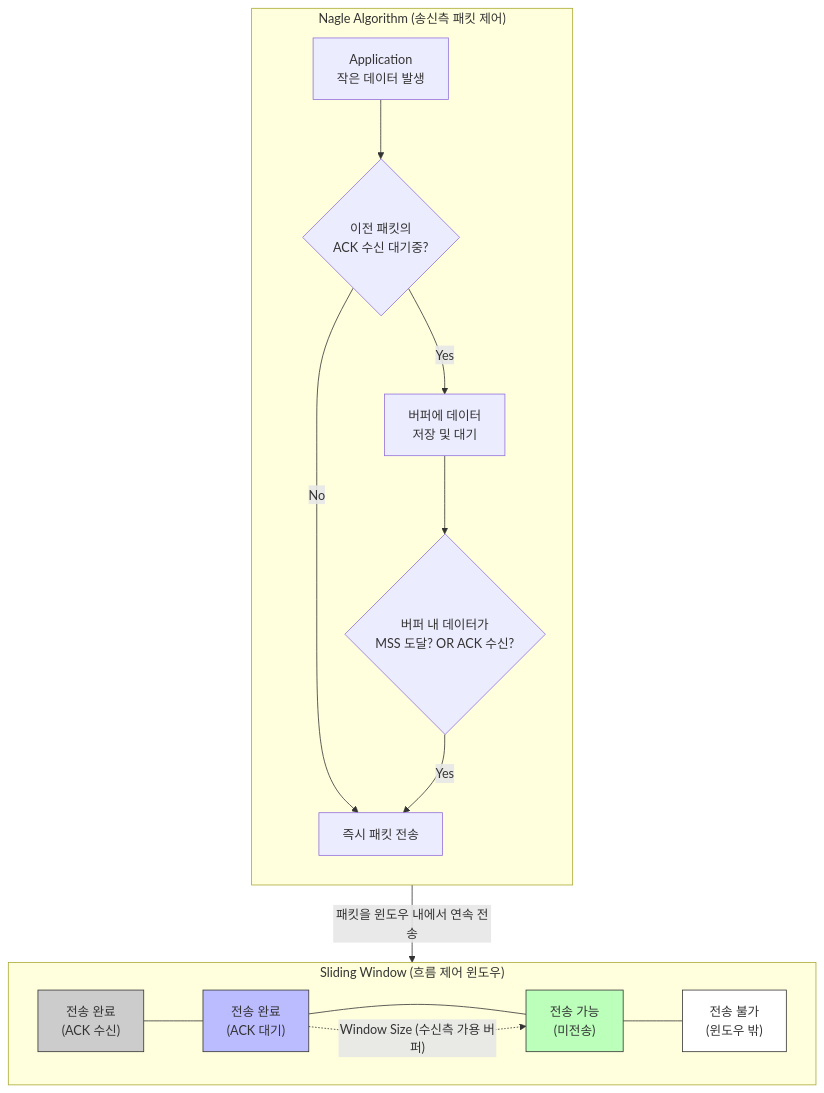
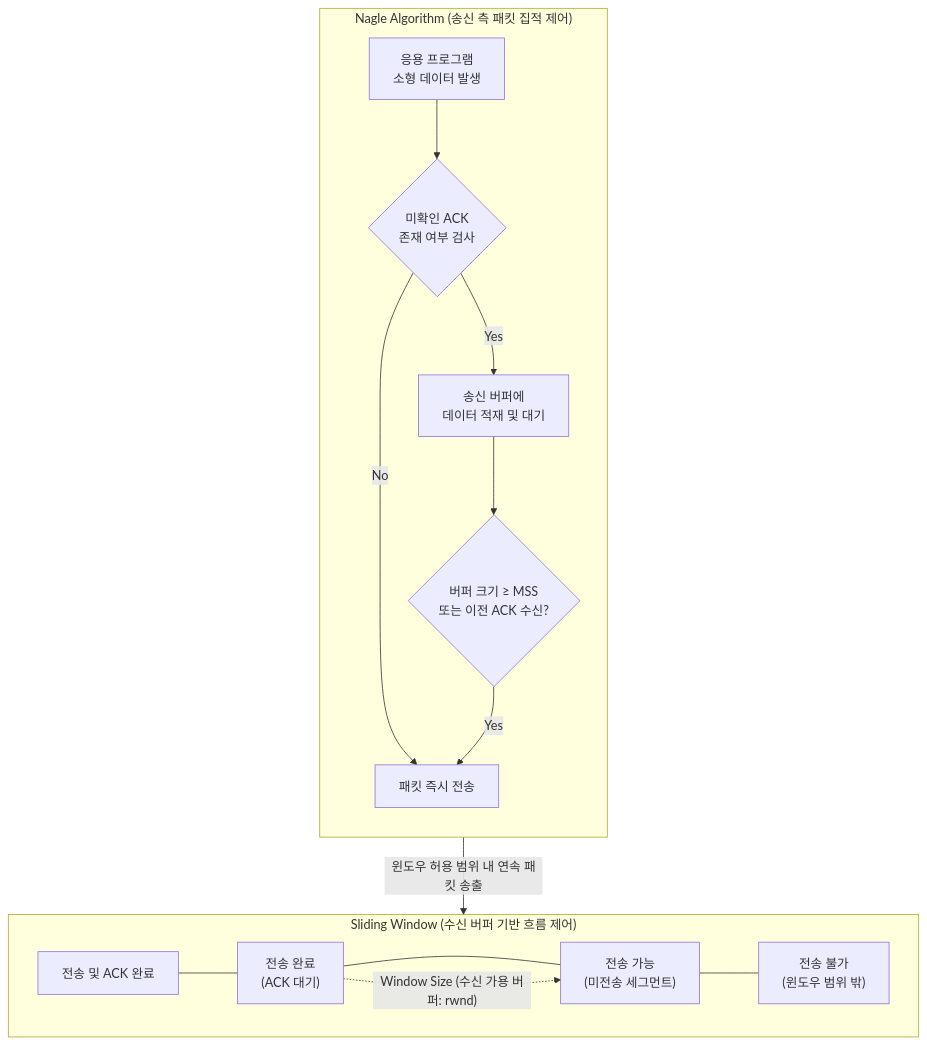
Before and after one commit to supremethumb/supremethumb.github.io: the diagram in content/01_IT Tech/Sliding Window & 네이글(Nagle's) 알고리즘.md, drawn with Mermaid. The commit also changed other lines of this file and 362 other files, not shown here.

````diff
--- a/content/01_IT Tech/Sliding Window & 네이글(Nagle's) 알고리즘.md
+++ b/content/01_IT Tech/Sliding Window & 네이글(Nagle's) 알고리즘.md
@@ -27,28 +32,22 @@
 ```mermaid
 flowchart TD
-    subgraph Nagle["Nagle Algorithm (송신측 패킷 제어)"]
+    subgraph Nagle["Nagle Algorithm (송신 측 패킷 집적 제어)"]
         direction TB
-        A[Application<br/>작은 데이터 발생] --> B{이전 패킷의<br/>ACK 수신 대기중?}
-        B -- Yes --> C[버퍼에 데이터<br/>저장 및 대기]
-        B -- No --> D[즉시 패킷 전송]
-        C --> E{버퍼 내 데이터가<br/>MSS 도달? OR ACK 수신?}
+        A[응용 프로그램<br/>소형 데이터 발생] --> B{미확인 ACK<br/>존재 여부 검사}
+        B -- No --> D[패킷 즉시 전송]
+        B -- Yes --> C[송신 버퍼에<br/>데이터 적재 및 대기]
+        C --> E{버퍼 크기 ≥ MSS<br/>또는 이전 ACK 수신?}
         E -- Yes --> D
     end
     
-    subgraph SW["Sliding Window (흐름 제어 윈도우)"]
+    subgraph SW["Sliding Window (수신 버퍼 기반 흐름 제어)"]
         direction LR
-        S1["전송 완료<br/>(ACK 수신)"] --- S2["전송 완료<br/>(ACK 대기)"]
-        S2 --- S3["전송 가능<br/>(미전송)"]
-        S3 --- S4["전송 불가<br/>(윈도우 밖)"]
+        S1["전송 및 ACK 완료"] --- S2["전송 완료<br/>(ACK 대기)"]
+        S2 --- S3["전송 가능<br/>(미전송 세그먼트)"]
+        S3 --- S4["전송 불가<br/>(윈도우 범위 밖)"]
         
-        style S1 fill:#ccc,stroke:#333
-        style S2 fill:#bbf,stroke:#333
-        style S3 fill:#bfb,stroke:#333
-        style S4 fill:#fff,stroke:#333
-        
-        S2 -.-> |"Window Size (수신측 가용 버퍼)"| S3
+        S2 -.-> |"Window Size (수신 가용 버퍼: rwnd)"| S3
     end
     
-    D -->|패킷을 윈도우 내에서 연속 전송| SW
-
+    D -->|윈도우 허용 범위 내 연속 패킷 송출| SW
 ```
````
